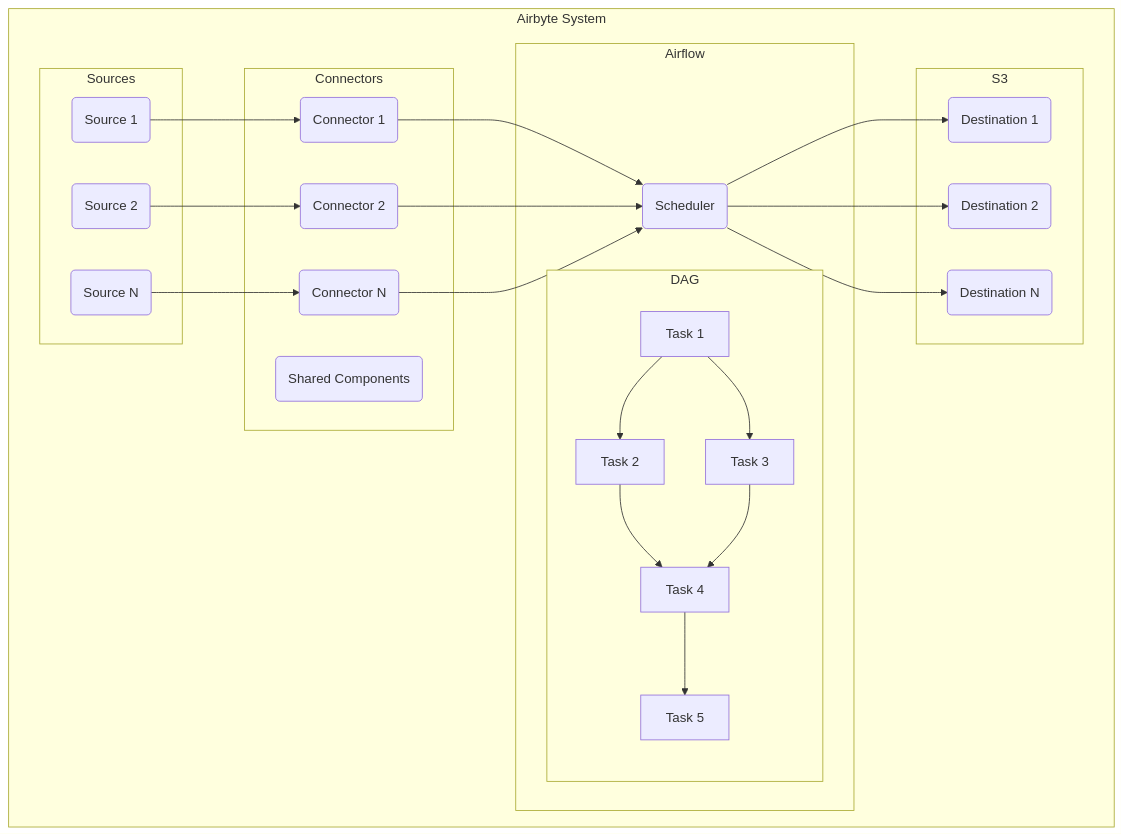
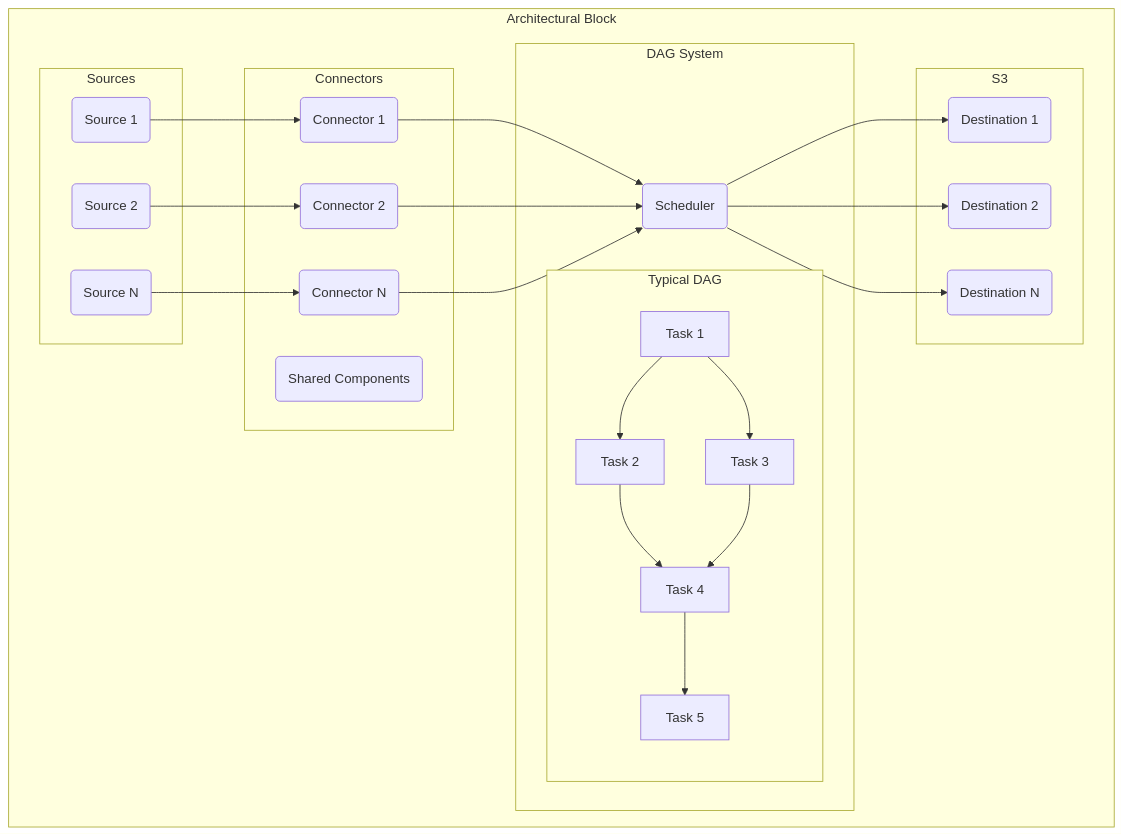
One commit to peddadap/design_templates changed the first of 6 diagrams in README.md. Above: the diagram before and after it, drawn with Mermaid. The commit also changed other lines of this file and 1 other file, not shown here.

````diff
--- a/README.md
+++ b/README.md
@@ -41,55 +56,55 @@
 ```mermaid
 
 graph TB
   
-  subgraph "Airbyte System"
-    subgraph "Sources"
+  subgraph "Architectural Block"
+    subgraph "Sources" 
       A(Source 1)
       B(Source 2)
       C(Source N)
     end
 
     subgraph "Connectors"
       D(Connector 1)
       E(Connector 2)
       F(Connector N)
       SC(Shared Components)
     end
 
-    subgraph "Airflow"
+    subgraph "DAG System"
       G(Scheduler)
-      subgraph "DAG"
+      subgraph "Typical DAG"
         1[Task 1]
         2[Task 2]
         3[Task 3]
         4[Task 4]
         5[Task 5]
     end
     end
 
  
     subgraph "S3"
       I(Destination 1)
       J(Destination 2)
       K(Destination N)
     end
 end
 
   A --> D
   B --> E
   C --> F
   D --> G
   E --> G
   F --> G
 
   G --> I
   G --> J
   G --> K
-   1--> 2
+  1--> 2
   1 --> 3
   2 --> 4
   3 --> 4
   4 --> 5
 
 
 ```
````
